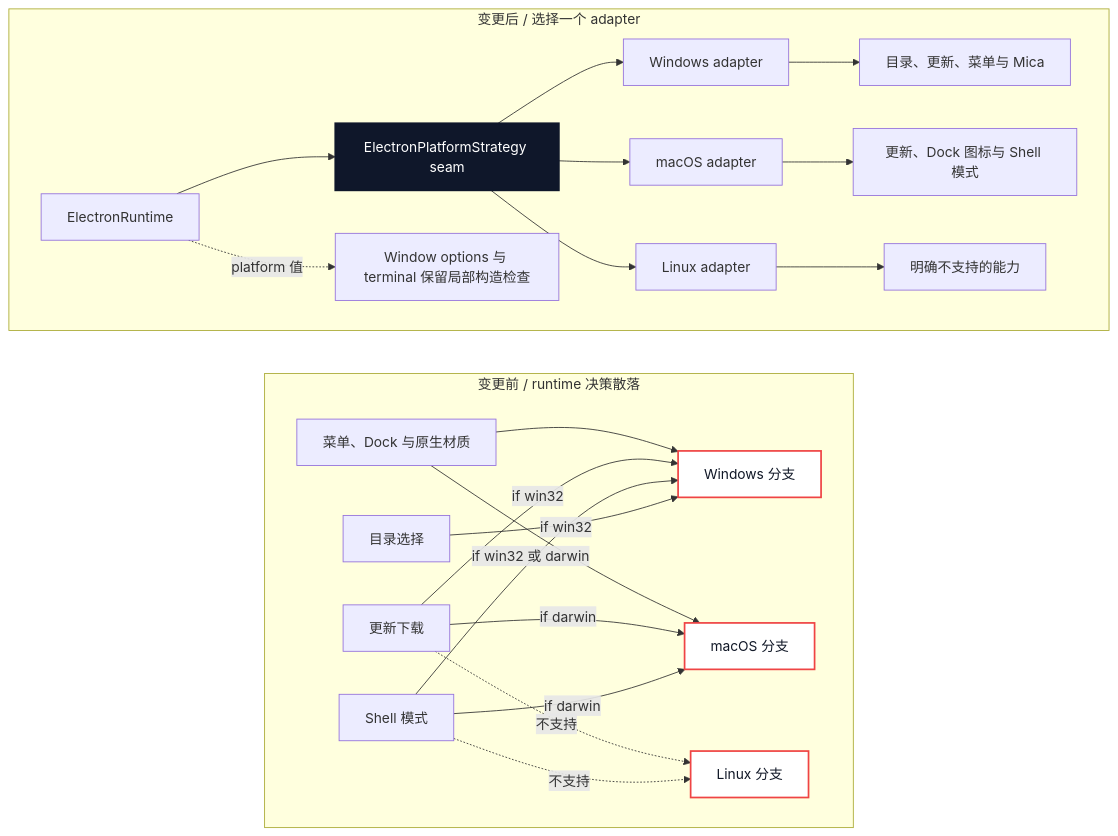
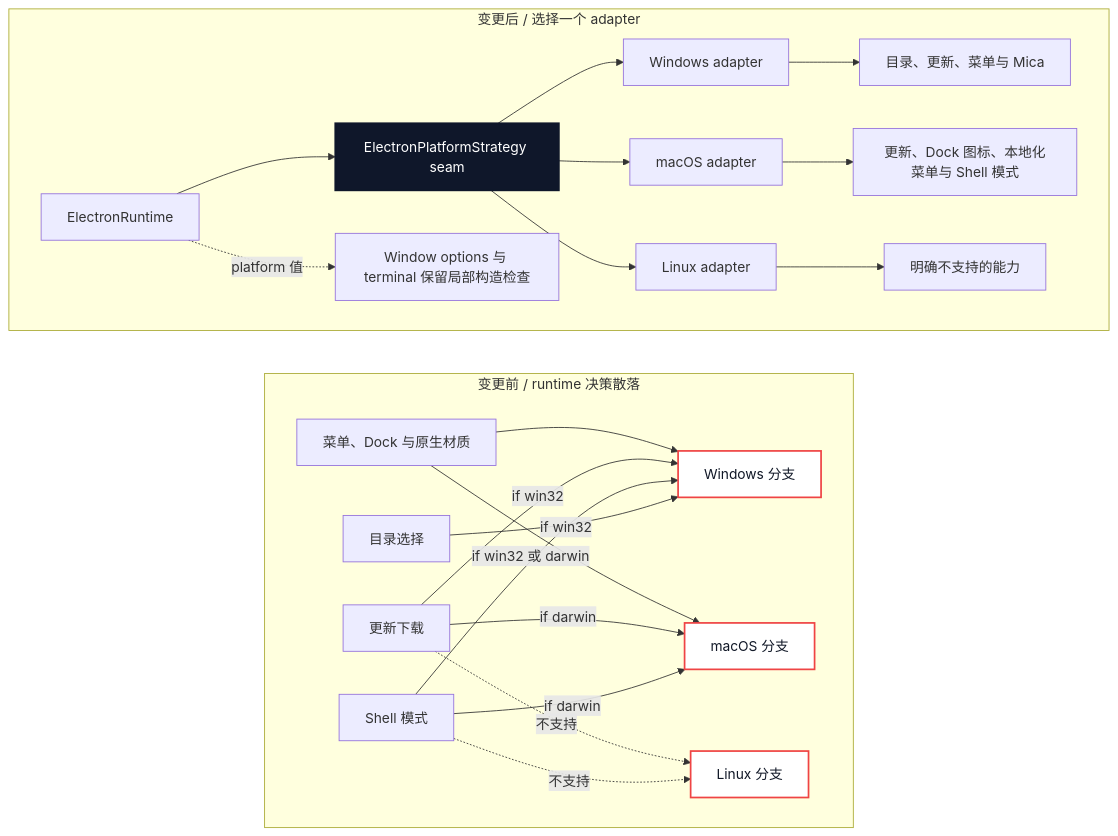
Before and after one commit to huapohen/deepseek-harness-web-market: the second of 3 diagrams in .agents/notes/implemented/architecture/2026-08-19-native-shell-generation-and-platform-adapters.zh.md, drawn with Mermaid. The commit also changed other lines of this file and 156 other files, not shown here.

````diff
--- a/.agents/notes/implemented/architecture/2026-08-19-native-shell-generation-and-platform-adapters.zh.md
+++ b/.agents/notes/implemented/architecture/2026-08-19-native-shell-generation-and-platform-adapters.zh.md
@@ -78,47 +78,47 @@
 ```mermaid
 flowchart LR
   subgraph BeforePlatform["变更前 / runtime 决策散落"]
     direction LR
     PickerDecision[目录选择]
     ModeDecision[Shell 模式]
     UpdateDecision[更新下载]
     PresentationDecision[菜单、Dock 与原生材质]
     WindowsBranch[Windows 分支]
     MacBranch[macOS 分支]
     LinuxBranch[Linux 分支]
 
     PickerDecision -->|if win32| WindowsBranch
     ModeDecision -->|if win32 或 darwin| WindowsBranch
     ModeDecision -->|if darwin| MacBranch
     UpdateDecision -->|if win32| WindowsBranch
     UpdateDecision -->|if darwin| MacBranch
     PresentationDecision --> WindowsBranch
     PresentationDecision --> MacBranch
     ModeDecision -. 不支持 .-> LinuxBranch
     UpdateDecision -. 不支持 .-> LinuxBranch
   end
 
   subgraph AfterPlatform["变更后 / 选择一个 adapter"]
     direction LR
     RuntimePlatform[ElectronRuntime]
     Strategy[ElectronPlatformStrategy seam]
     WindowsAdapter[Windows adapter]
     MacAdapter[macOS adapter]
     LinuxAdapter[Linux adapter]
     WindowsFacts[目录、更新、菜单与 Mica]
-    MacFacts[更新、Dock 图标与 Shell 模式]
+    MacFacts[更新、Dock 图标、本地化菜单与 Shell 模式]
     LinuxFacts[明确不支持的能力]
     LocalChecks[Window options 与 terminal 保留局部构造检查]
 
     RuntimePlatform --> Strategy
     Strategy --> WindowsAdapter --> WindowsFacts
     Strategy --> MacAdapter --> MacFacts
     Strategy --> LinuxAdapter --> LinuxFacts
     RuntimePlatform -. platform 值 .-> LocalChecks
   end
 
   classDef focus fill:#0f172a,color:#ffffff,stroke:#0f172a,stroke-width:2px;
   classDef risk fill:#ffffff,color:#111827,stroke:#ef4444,stroke-width:2px;
   class Strategy focus;
   class WindowsBranch,MacBranch,LinuxBranch risk;
 ```
````
